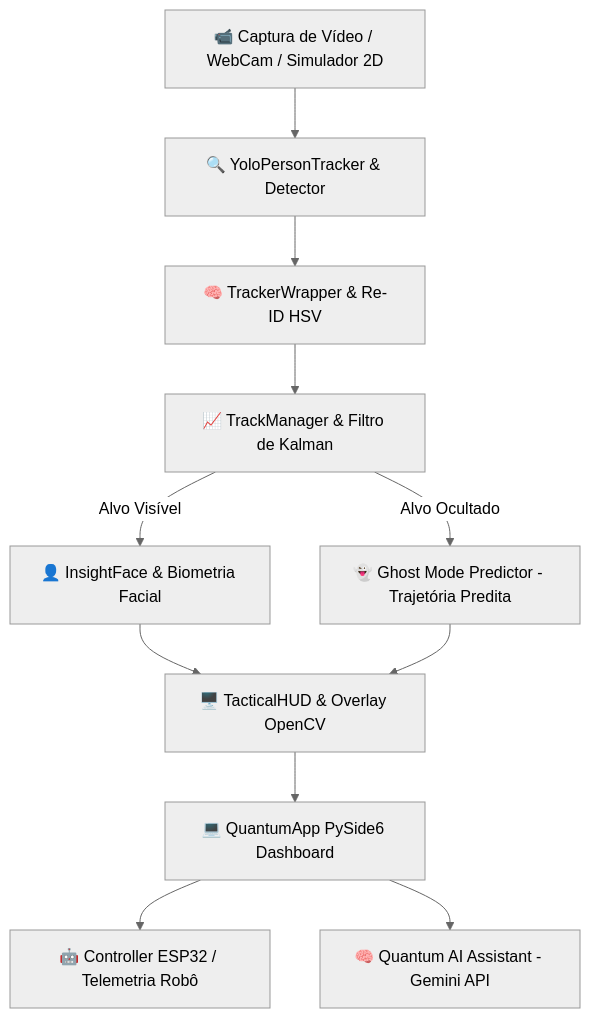
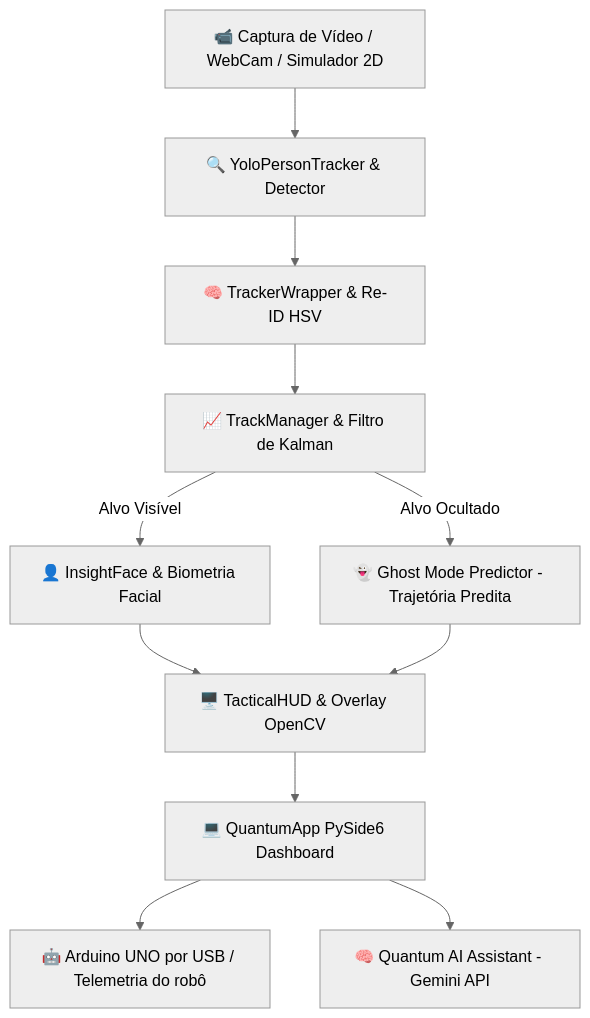
One commit to jgouveaf/FECART changed the diagram in README.md. Above: the diagram before and after it, drawn with Mermaid (neutral theme). The commit also changed other lines of this file and 30 other files, not shown here.

````diff
--- a/README.md
+++ b/README.md
@@ -226,15 +241,15 @@
 ```mermaid
 flowchart TD
     A[📹 Captura de Vídeo / WebCam / Simulador 2D] --> B[🔍 YoloPersonTracker & Detector]
     B --> C[🧠 TrackerWrapper & Re-ID HSV]
     C --> D[📈 TrackManager & Filtro de Kalman]
     
     D -->|Alvo Visível| E[👤 InsightFace & Biometria Facial]
     D -->|Alvo Ocultado| F[👻 Ghost Mode Predictor - Trajetória Predita]
     
     E & F --> G[🖥️ TacticalHUD & Overlay OpenCV]
     G --> H[💻 QuantumApp PySide6 Dashboard]
     
-    H --> I[🤖 Controller ESP32 / Telemetria Robô]
+    H --> I[🤖 Arduino UNO por USB / Telemetria do robô]
     H --> J[🧠 Quantum AI Assistant - Gemini API]
 ```
````
